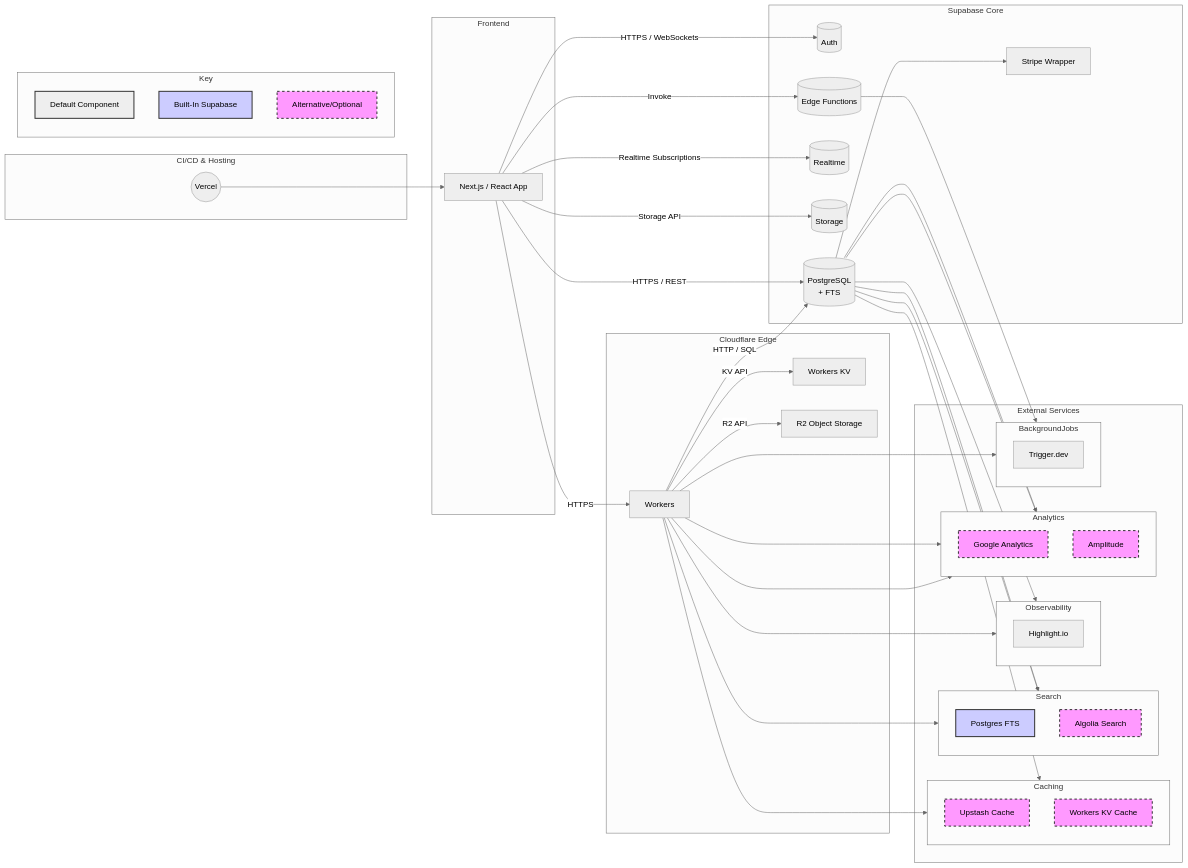
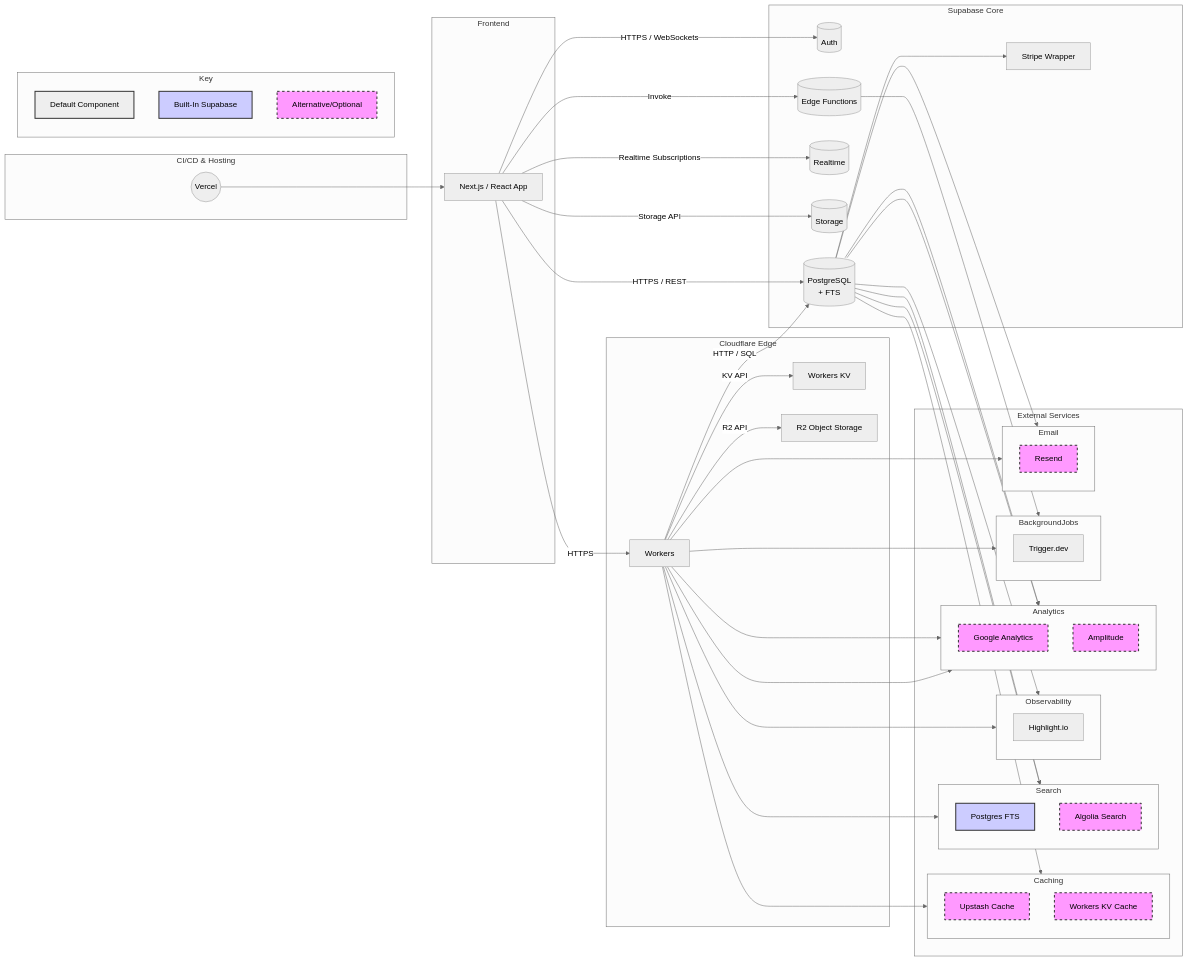
One commit to jonit-dev/startup-ideas-factory changed the first of 2 diagrams in docs/stack-and-tools/5-supaedge-stack.md. Above: the diagram before and after it, drawn with Mermaid (neutral theme). The commit also changed other lines of this file, not shown here.

```diff
--- a/docs/stack-and-tools/5-supaedge-stack.md
+++ b/docs/stack-and-tools/5-supaedge-stack.md
@@ -95,6 +96,11 @@
         direction TB
         Trigger[Trigger.dev]
     end
+    subgraph Email
+        direction TB
+        Resend[Resend]
+        style Resend fill:#f9f,stroke:#333,stroke-width:2px,stroke-dasharray: 5 5
+    end
  end
 
  %% Frontend interactions
@@ -115,6 +121,7 @@
  CFW --> GoogleAnalytics
  CFW --> Amplitude
  CFW --> Trigger
+ CFW --> Resend
 
  %% Supabase interactions
  DB --> PostgresFTS
@@ -125,6 +132,7 @@
  DB --> Amplitude
  EdgeFuncs --> Trigger
  DB --> StripeW
+ DB --> Resend
 
  %% Style Key
  subgraph Styles ["Key"]
```
